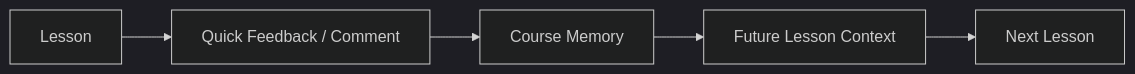
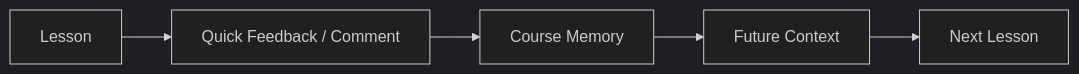
Before and after one commit to buddylindsey/thirty-lessons: the third of 3 diagrams in README.md, drawn with Mermaid (dark theme). The commit also changed other lines of this file and 2 other files, not shown here.

````diff
--- a/README.md
+++ b/README.md
@@ -184,7 +192,7 @@
 ```mermaid
 flowchart LR
   lesson["Lesson"] --> feedback["Quick Feedback / Comment"]
   feedback --> memory["Course Memory"]
-  memory --> context["Future Lesson Context"]
+  memory --> context["Future Context"]
   context --> next["Next Lesson"]
 ```
````
